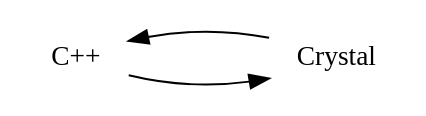
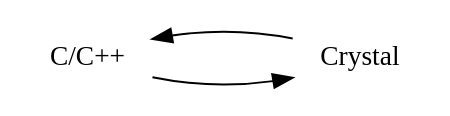
One commit to Papierkorb/bindgen changed the diagram in images/logo.dot. Above: the diagram before and after it, drawn with Graphviz. The commit also changed 1 other file, not shown here.

```diff
--- a/images/logo.dot
+++ b/images/logo.dot
@@ -1,10 +1,10 @@
 digraph logo {
-  cpp [shape=none label="C++"]
+  cpp [shape=none label="C/C++"]
   crystal [shape=none label="Crystal"]
 
   nodesep=1
   {rank=same cpp crystal}
 
   cpp -> crystal
   crystal -> cpp
 }
```
